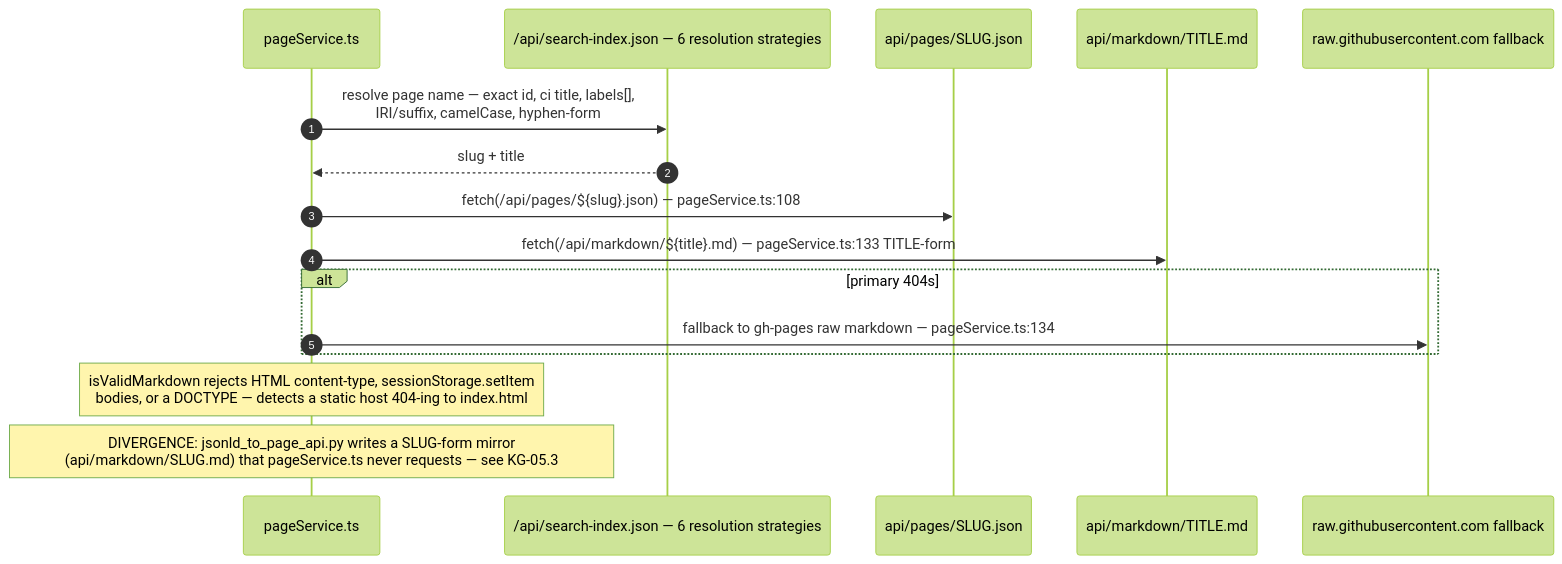
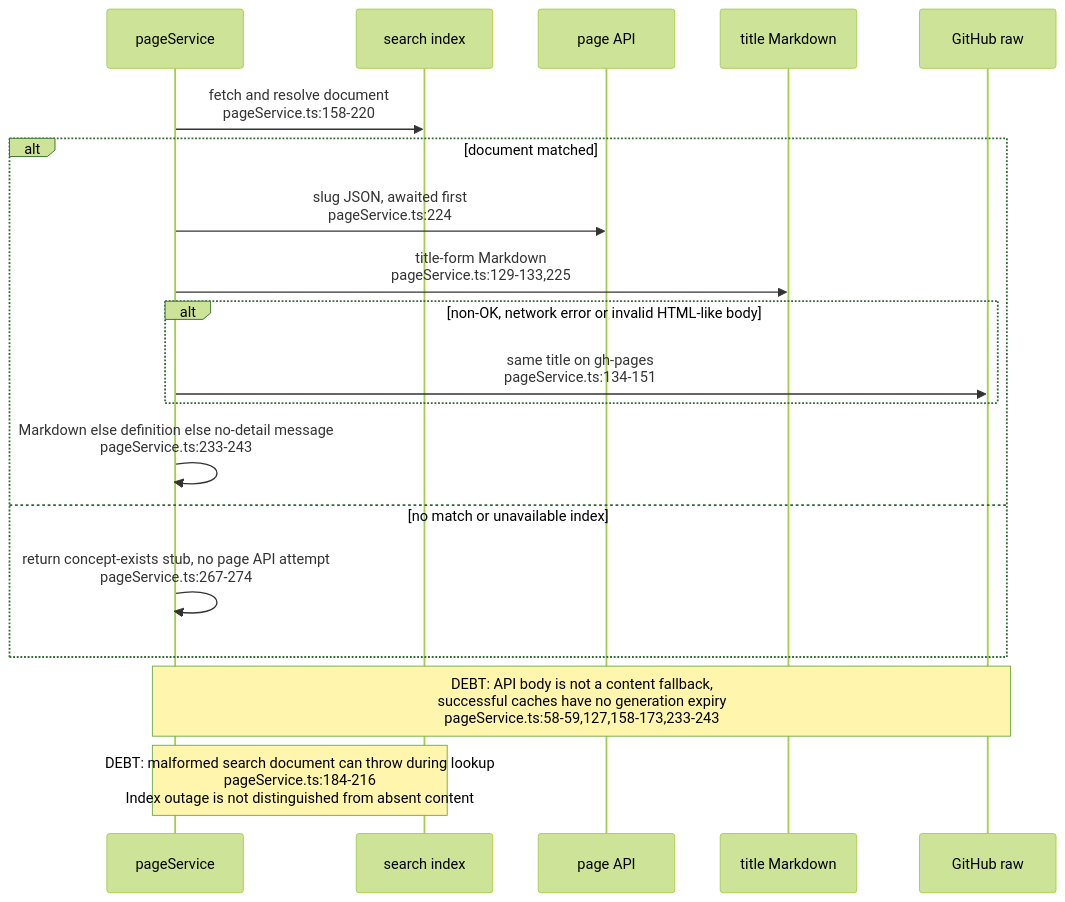
Before and after one commit to DreamLab-AI/VisionFlow: the fourth of 5 diagrams in docs/diagrams/knowledgegraph/04-explorer-and-site-build.md, drawn with Mermaid (forest theme). The commit also changed other lines of this file and 18 other files, not shown here.

````diff
--- a/docs/diagrams/knowledgegraph/04-explorer-and-site-build.md
+++ b/docs/diagrams/knowledgegraph/04-explorer-and-site-build.md
@@ -80,19 +105,21 @@
 ```mermaid
 sequenceDiagram
-    autonumber
-    participant PS as pageService.ts
-    participant IDX as /api/search-index.json — 6 resolution strategies
-    participant PAGEAPI as api/pages/SLUG.json
-    participant MDAPI as api/markdown/TITLE.md
-    participant RAW as raw.githubusercontent.com fallback
-
-    PS->>IDX: resolve page name — exact id, ci title, labels[],<br/>IRI/suffix, camelCase, hyphen-form
-    IDX-->>PS: slug + title
-    PS->>PAGEAPI: fetch#40;/api/pages/${slug}.json#41; — pageService.ts:108
-    PS->>MDAPI: fetch#40;/api/markdown/${title}.md#41; — pageService.ts:133 TITLE-form
-    alt primary 404s
-        PS->>RAW: fallback to gh-pages raw markdown — pageService.ts:134
+    participant P as pageService
+    participant I as search index
+    participant A as page API
+    participant M as title Markdown
+    participant G as GitHub raw
+    P->>I: fetch and resolve document<br/>pageService.ts:158-220
+    alt document matched
+        P->>A: slug JSON, awaited first<br/>pageService.ts:224
+        P->>M: title-form Markdown<br/>pageService.ts:129-133,225
+        alt non-OK, network error or invalid HTML-like body
+            P->>G: same title on gh-pages<br/>pageService.ts:134-151
+        end
+        P->>P: Markdown else definition else no-detail message<br/>pageService.ts:233-243
+    else no match or unavailable index
+        P->>P: return concept-exists stub, no page API attempt<br/>pageService.ts:267-274
     end
-    Note over PS: isValidMarkdown rejects HTML content-type, sessionStorage.setItem<br/>bodies, or a DOCTYPE — detects a static host 404-ing to index.html
-    Note over PS: DIVERGENCE: jsonld_to_page_api.py writes a SLUG-form mirror<br/>#40;api/markdown/SLUG.md#41; that pageService.ts never requests — see KG-05.3
+    Note over P,G: DEBT: API body is not a content fallback,<br/>successful caches have no generation expiry<br/>pageService.ts:58-59,127,158-173,233-243
+    Note over P,I: DEBT: malformed search document can throw during lookup<br/>pageService.ts:184-216<br/>Index outage is not distinguished from absent content
 ```
````
